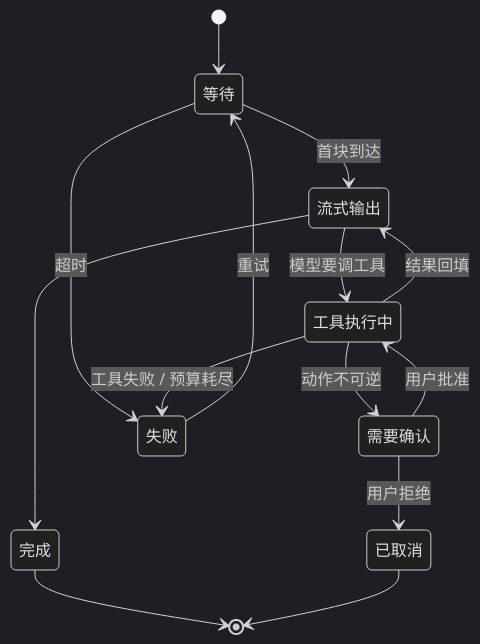
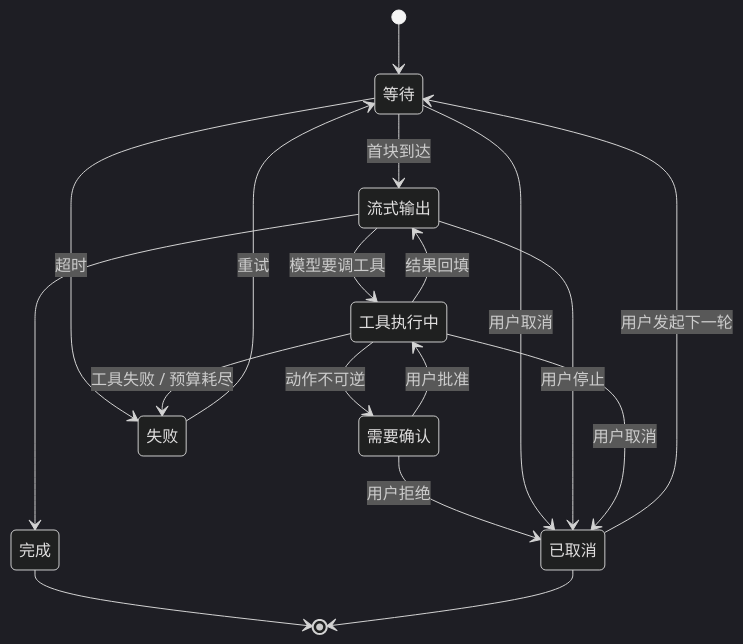
One commit to lance2016/ai-app-engineering changed the second of 2 diagrams in lessons/product-design-ux/README.md. Above: the diagram before and after it, drawn with Mermaid (dark theme). The commit also changed other lines of this file and 4 other files, not shown here.

````diff
--- a/lessons/product-design-ux/README.md
+++ b/lessons/product-design-ux/README.md
@@ -63,24 +66,28 @@
 ```mermaid
 stateDiagram-v2
     waiting: 等待
     streaming: 流式输出
     tooling: 工具执行中
     confirming: 需要确认
     done: 完成
     failed: 失败
     cancelled: 已取消
 
     [*] --> waiting
     waiting --> streaming: 首块到达
     streaming --> tooling: 模型要调工具
     tooling --> streaming: 结果回填
     tooling --> confirming: 动作不可逆
     confirming --> tooling: 用户批准
     confirming --> cancelled: 用户拒绝
     streaming --> done
+    waiting --> cancelled: 用户取消
+    streaming --> cancelled: 用户停止
+    tooling --> cancelled: 用户取消
     waiting --> failed: 超时
     tooling --> failed: 工具失败 / 预算耗尽
     failed --> waiting: 重试
+    cancelled --> waiting: 用户发起下一轮
     done --> [*]
     cancelled --> [*]
 ```
````
